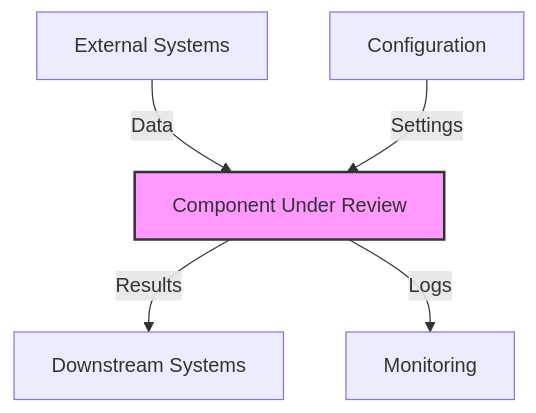
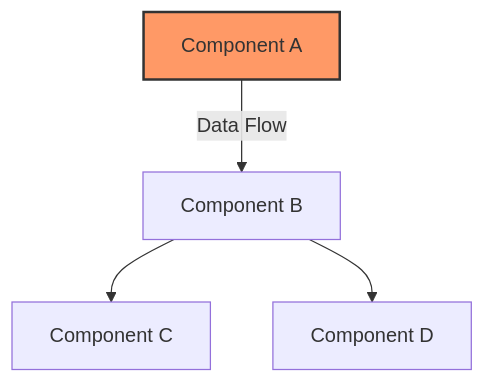
One commit to seanwhaley/USASpending changed the fourth of 8 diagrams in docs/templates/03_review_template.md. Above: the diagram before and after it, drawn with Mermaid. The commit also changed other lines of this file and 14 other files, not shown here.

````diff
--- a/docs/templates/03_review_template.md
+++ b/docs/templates/03_review_template.md
@@ -52,9 +200,8 @@
 ```mermaid
-flowchart TB
-    A[External Systems] -->|Data| B[Component Under Review]
-    B -->|Results| C[Downstream Systems]
-    D[Configuration] -->|Settings| B
-    B -->|Logs| E[Monitoring]
+flowchart TD
+    A[Component A] -->|Data Flow| B[Component B]
+    B --> C[Component C]
+    B --> D[Component D]
     
-    style B fill:#f9f,stroke:#333,stroke-width:2px
+    style A fill:#f96,stroke:#333,stroke-width:2px
 ```
````
